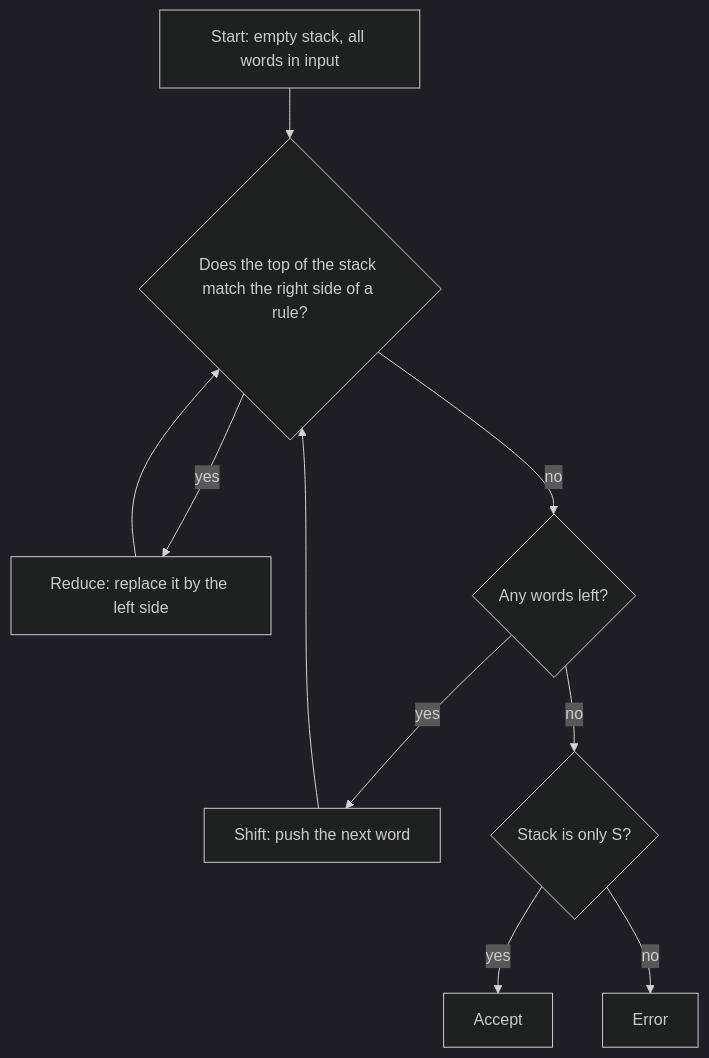
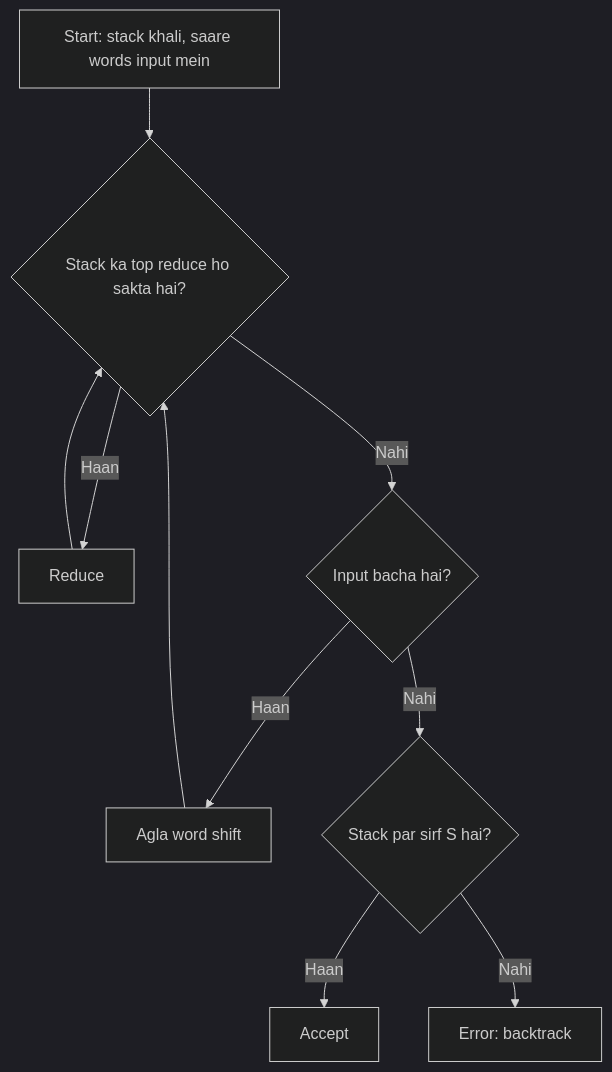
Before and after one commit to TrendySloth1001/sem-seven-notes: the second of 5 diagrams in content/natural-language-processing/notes/cfg-parsing.hi.mdx, drawn with Mermaid (dark theme). The commit also changed other lines of this file and 406 other files, not shown here.

Commit message:
Rewrite all NLP notes and answers from the teachers' class files and add both class assignments with solutions. They cite only the class notes, solved PYQs, assignment solution and Module 6 slides, use 67 class figures, and drop the web references and Wikimedia images.

````diff
--- a/content/natural-language-processing/notes/cfg-parsing.hi.mdx
+++ b/content/natural-language-processing/notes/cfg-parsing.hi.mdx
@@ -269,13 +92,13 @@
 ```mermaid
-%% caption: Shift-reduce loop. Jab stack ka top kisi rule se match kare to reduce karo, warna agla word shift karo. Jab sirf S bache aur input khali ho to accept pe ruko.
+%% caption: Shift-reduce ka loop.
 flowchart TD
-  A["Start: empty stack, all words in input"] --> B{"Does the top of the stack match the right side of a rule?"}
-  B -- "yes" --> C["Reduce: replace it by the left side"]
-  B -- "no" --> D{"Any words left?"}
-  D -- "yes" --> E["Shift: push the next word"]
-  D -- "no" --> F{"Stack is only S?"}
-  F -- "yes" --> G["Accept"]
-  F -- "no" --> H["Error"]
+  A["Start: stack khali, saare words input mein"] --> B{"Stack ka top reduce ho sakta hai?"}
+  B -->|"Haan"| C["Reduce"]
+  B -->|"Nahi"| D{"Input bacha hai?"}
+  D -->|"Haan"| E["Agla word shift"]
+  D -->|"Nahi"| F{"Stack par sirf S hai?"}
+  F -->|"Haan"| G["Accept"]
+  F -->|"Nahi"| H["Error: backtrack"]
   C --> B
   E --> B
 ```
````
